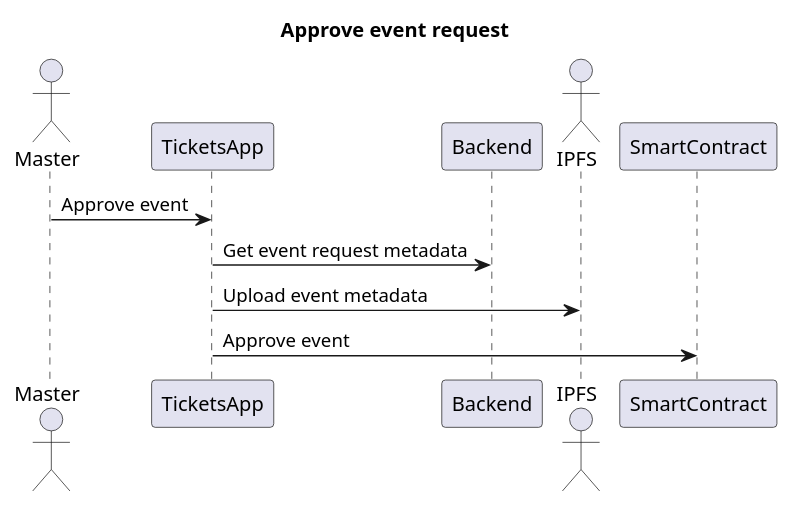
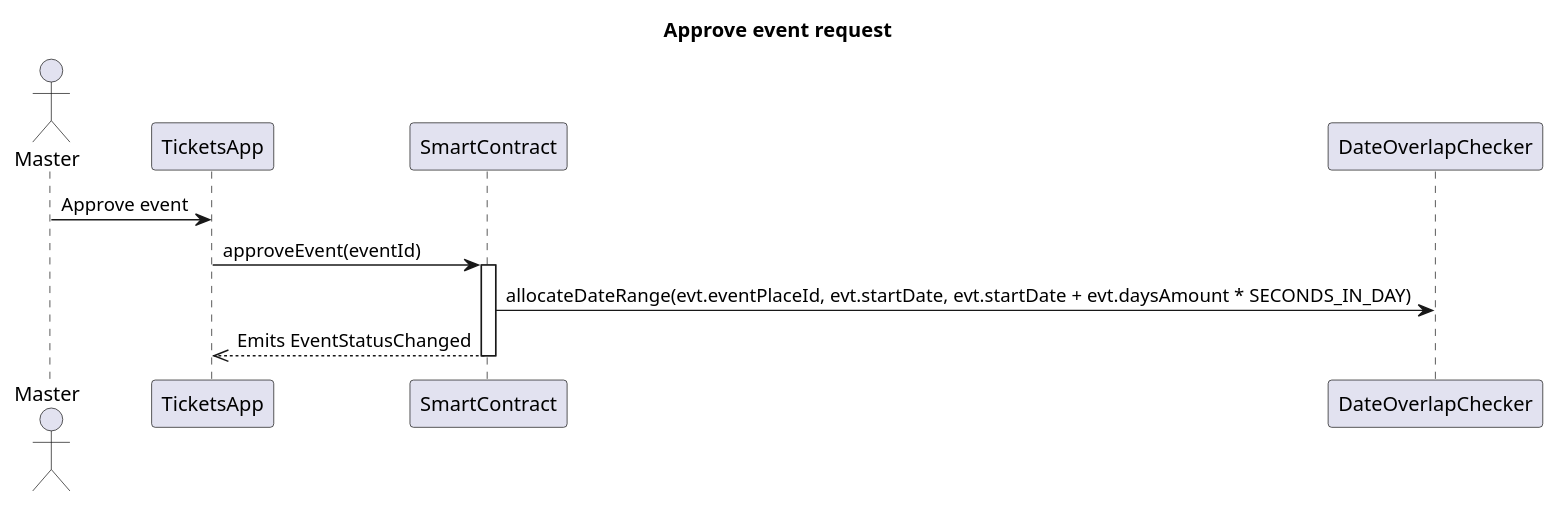
One commit to ai-shift/cyber-valley-tickets changed the eighth of 26 diagrams in README.org. Above: the diagram before and after it, drawn with PlantUML. The commit also changed other lines of this file, not shown here.

```diff
--- a/README.org
+++ b/README.org
@@ -211,14 +242,15 @@
 #+begin_src plantuml :file ./img/approve-event-request.png
 title Approve event request
 
 actor Master
 participant TicketsApp
-participant Backend
-actor IPFS
 participant SmartContract
+participant DateOverlapChecker
 
 Master -> TicketsApp: Approve event
-TicketsApp -> Backend: Get event request metadata
-TicketsApp -> IPFS: Upload event metadata
-TicketsApp -> SmartContract: Approve event
+TicketsApp -> SmartContract: approveEvent(eventId)
+activate SmartContract
+SmartContract -> DateOverlapChecker: allocateDateRange(evt.eventPlaceId, evt.startDate, evt.startDate + evt.daysAmount * SECONDS_IN_DAY)
+SmartContract -->> TicketsApp: Emits EventStatusChanged
+deactivate SmartContract
 #+end_src
```
